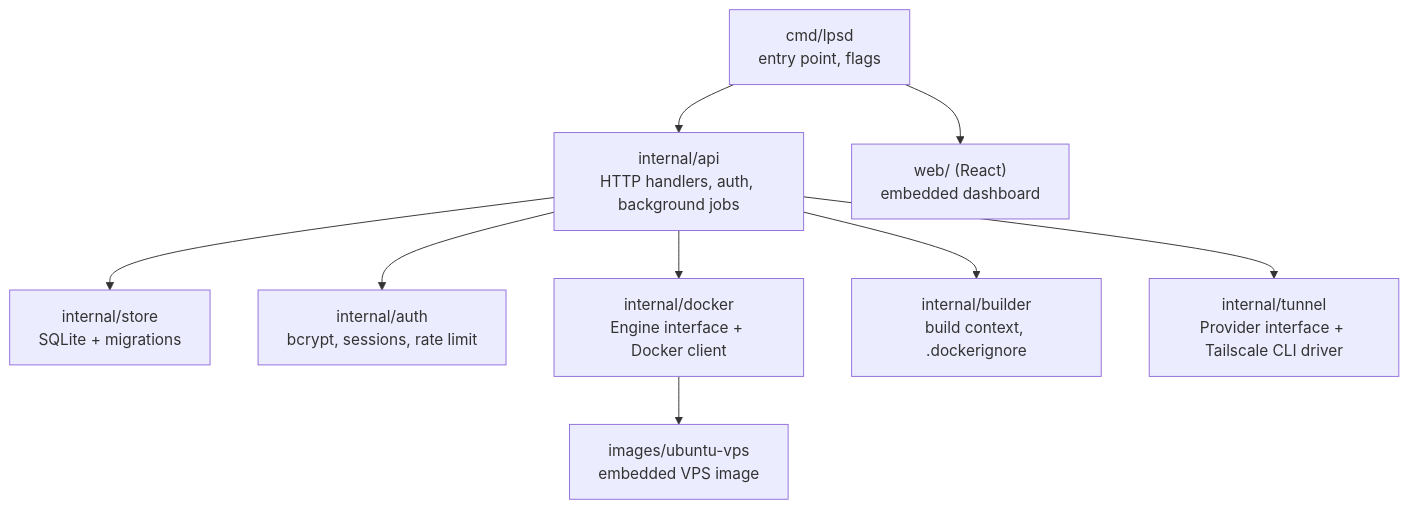
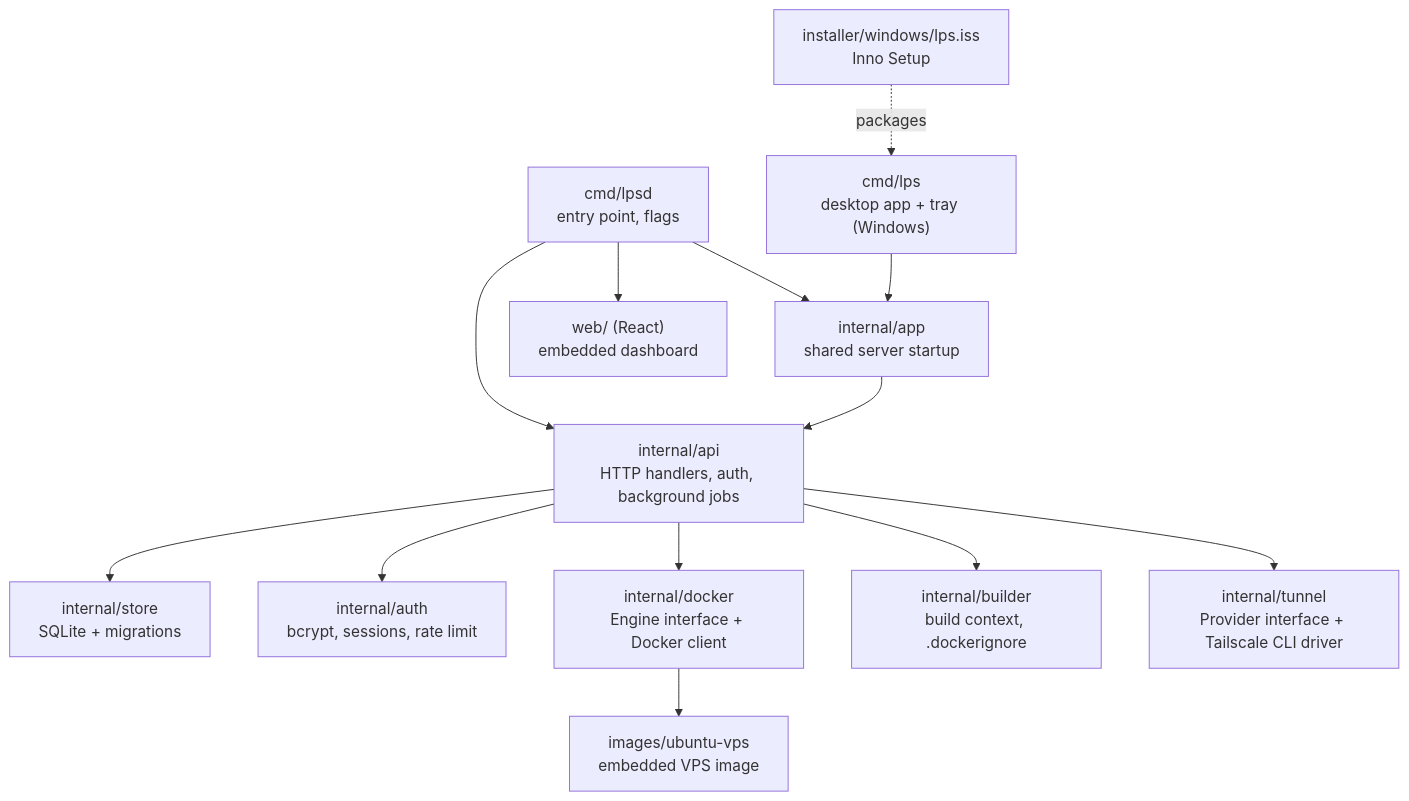
One commit to AbrarDW/lps changed the eighth of 9 diagrams in README.md. Above: the diagram before and after it, drawn with Mermaid. The commit also changed other lines of this file and 27 other files, not shown here.

First line of the commit message:
Add Windows installer, tray app and first-run setup wizard

````diff
--- a/README.md
+++ b/README.md
@@ -296,11 +319,15 @@
 ```mermaid
 flowchart TB
     main["cmd/lpsd<br/>entry point, flags"] --> api["internal/api<br/>HTTP handlers, auth, background jobs"]
     api --> store["internal/store<br/>SQLite + migrations"]
     api --> auth["internal/auth<br/>bcrypt, sessions, rate limit"]
     api --> dock["internal/docker<br/>Engine interface + Docker client"]
     api --> build["internal/builder<br/>build context, .dockerignore"]
     api --> tun["internal/tunnel<br/>Provider interface + Tailscale CLI driver"]
     dock --> img["images/ubuntu-vps<br/>embedded VPS image"]
     main --> web["web/ (React)<br/>embedded dashboard"]
+    desk["cmd/lps<br/>desktop app + tray (Windows)"] --> appk["internal/app<br/>shared server startup"]
+    main --> appk
+    appk --> api
+    inst["installer/windows/lps.iss<br/>Inno Setup"] -.packages.-> desk
 ```
````
